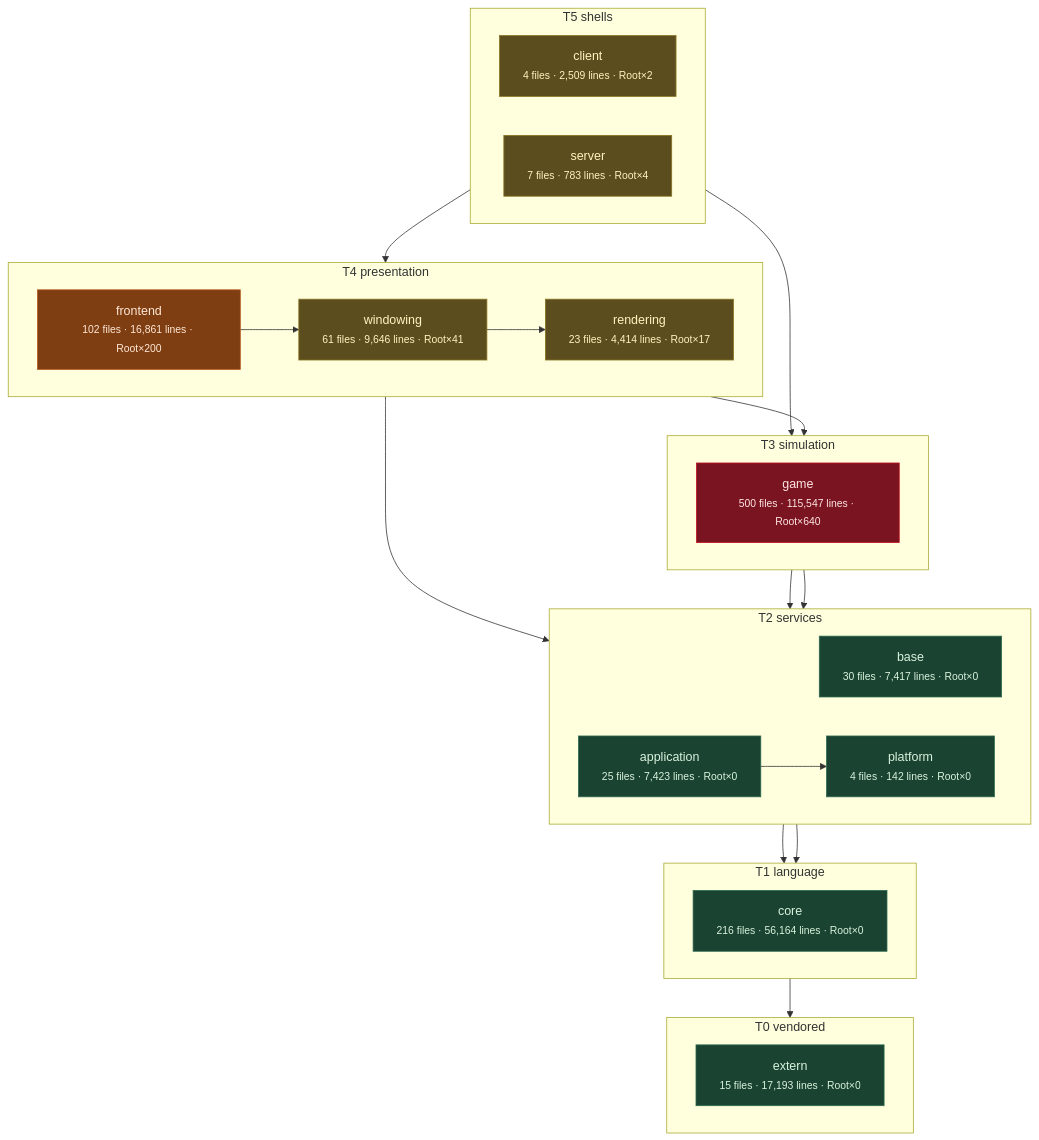
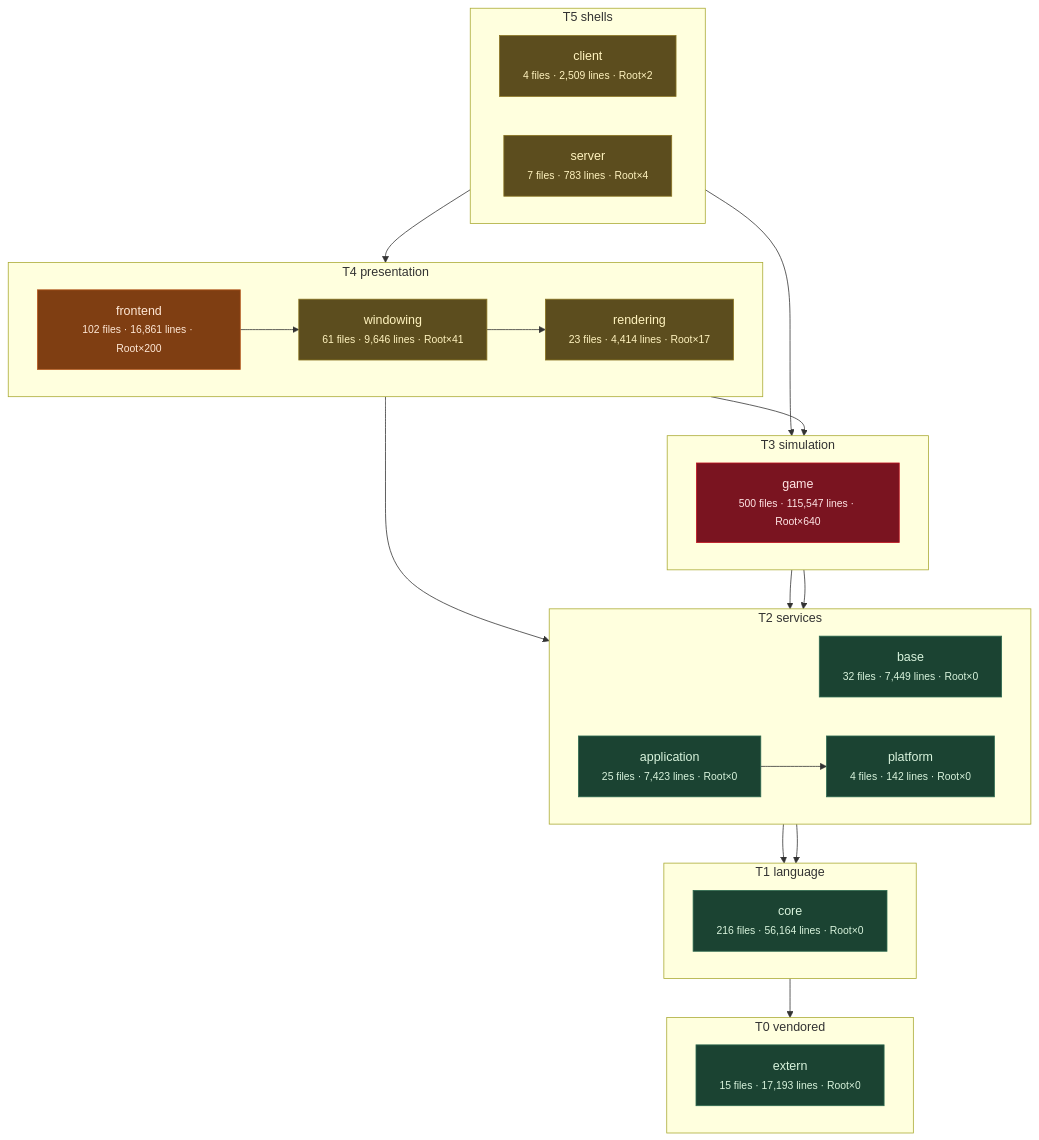
The third of 11 diagrams in docs/architecture/system-boundaries.md (apnex/OpenStarbound), drawn with Mermaid before and after one commit. The commit also changed other lines of this file and 9 other files, not shown here.

````diff
--- a/docs/architecture/system-boundaries.md
+++ b/docs/architecture/system-boundaries.md
@@ -270,52 +270,52 @@
 ```mermaid
 flowchart TD
   subgraph T0["T0 vendored"]
     direction LR
     extern["extern<br/><small>15 files · 17,193 lines · Root×0</small>"]
   end
   subgraph T1["T1 language"]
     direction LR
     core["core<br/><small>216 files · 56,164 lines · Root×0</small>"]
   end
   subgraph T2["T2 services"]
     direction LR
-    base["base<br/><small>30 files · 7,417 lines · Root×0</small>"]
+    base["base<br/><small>32 files · 7,449 lines · Root×0</small>"]
     platform["platform<br/><small>4 files · 142 lines · Root×0</small>"]
     application["application<br/><small>25 files · 7,423 lines · Root×0</small>"]
   end
   subgraph T3["T3 simulation"]
     direction LR
     game["game<br/><small>500 files · 115,547 lines · Root×640</small>"]
   end
   subgraph T4["T4 presentation"]
     direction LR
     rendering["rendering<br/><small>23 files · 4,414 lines · Root×17</small>"]
     windowing["windowing<br/><small>61 files · 9,646 lines · Root×41</small>"]
     frontend["frontend<br/><small>102 files · 16,861 lines · Root×200</small>"]
   end
   subgraph T5["T5 shells"]
     direction LR
     client["client<br/><small>4 files · 2,509 lines · Root×2</small>"]
     server["server<br/><small>7 files · 783 lines · Root×4</small>"]
   end
   core --> extern
   base --> core
   platform --> core
   application --> platform
   game --> base
   game --> platform
   rendering --> application
   rendering --> game
   windowing --> rendering
   frontend --> windowing
   client --> frontend
   server --> game
   classDef clean fill:#1b4332,stroke:#2d6a4f,color:#d8f3dc
   classDef warm  fill:#5c4d1e,stroke:#8a7420,color:#fff3bf
   classDef hot   fill:#7f3e12,stroke:#b5561b,color:#ffe8d6
   classDef blaze fill:#7a1420,stroke:#c1121f,color:#ffe5e5
   class extern,core,base,platform,application clean
   class rendering,windowing,client,server warm
   class frontend hot
   class game blaze
 ```
````
